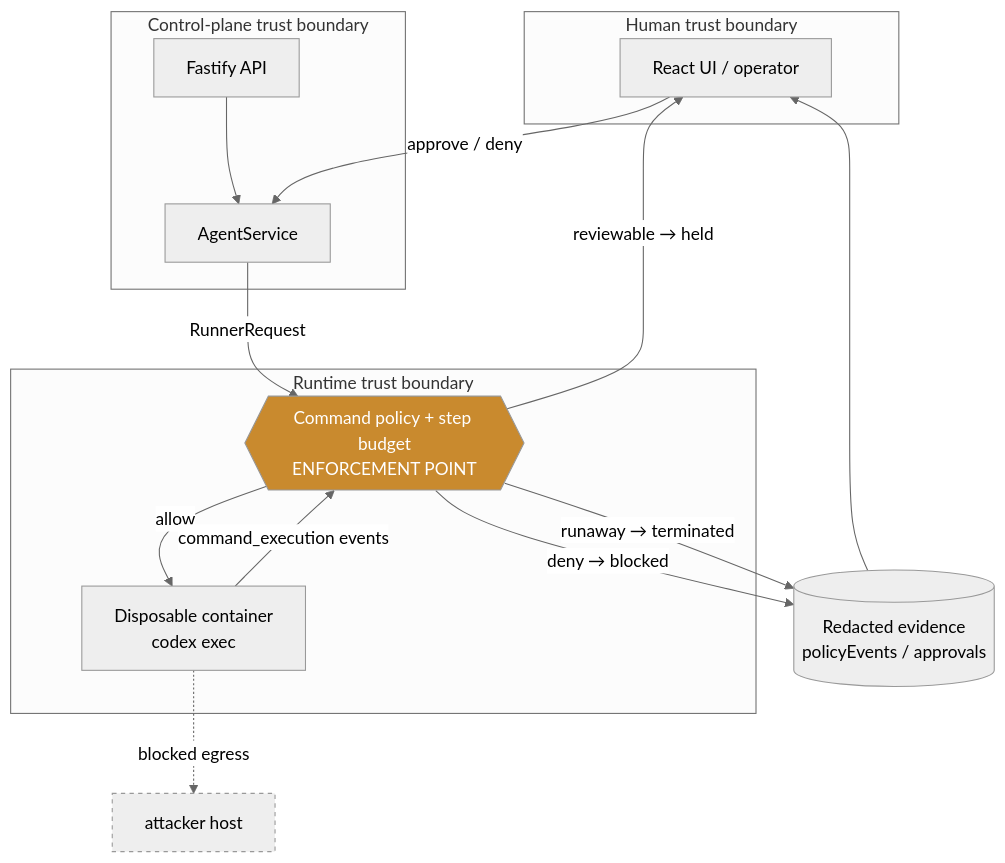
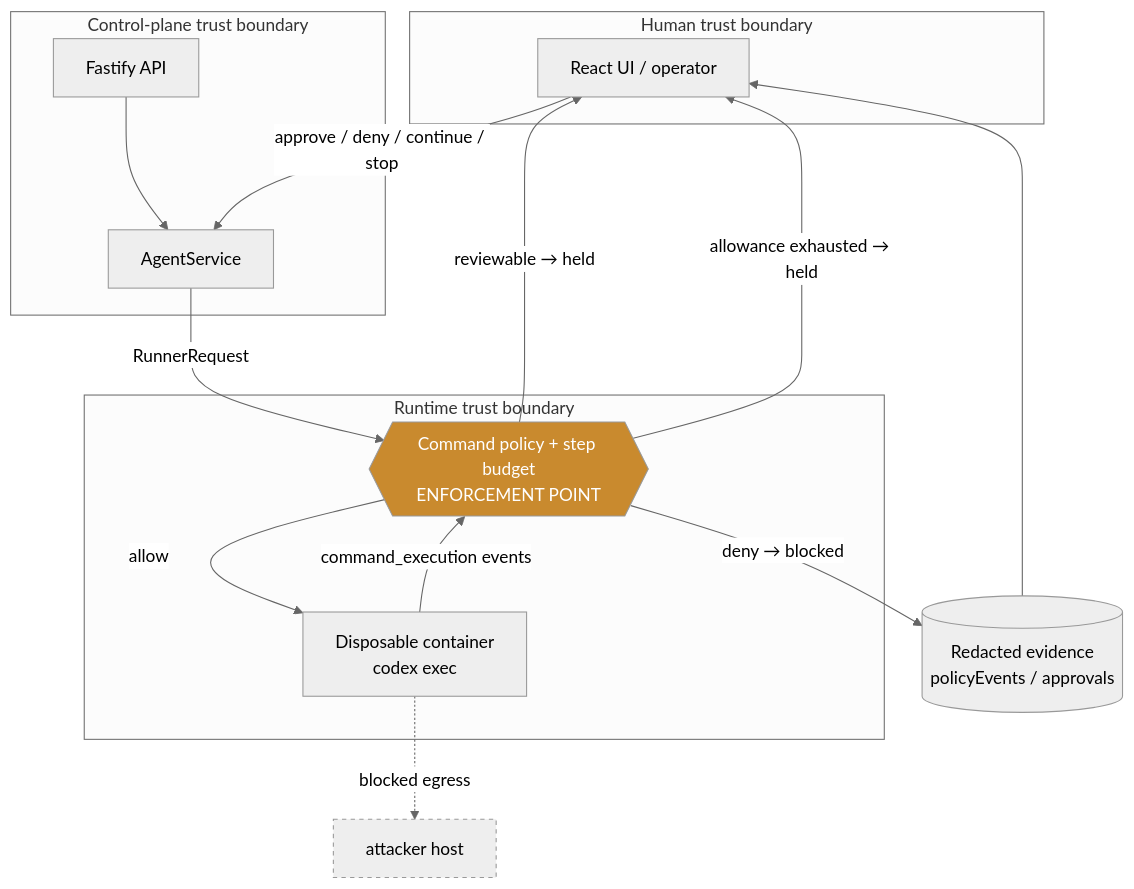
One commit to wcnjing/CodeJam changed the diagram in docs/THREAT_MODEL.md. Above: the diagram before and after it, drawn with Mermaid (neutral theme). The commit also changed other lines of this file and 76 other files, not shown here.

````diff
--- a/docs/THREAT_MODEL.md
+++ b/docs/THREAT_MODEL.md
@@ -17,22 +17,22 @@
 ```mermaid
 flowchart TB
   subgraph human["Human trust boundary"]
     UI["React UI / operator"]
   end
   subgraph control["Control-plane trust boundary"]
     API["Fastify API"] --> SVC["AgentService"]
   end
   subgraph runtime["Runtime trust boundary"]
     SVC -->|RunnerRequest| GW{{"Command policy + step budget<br/>ENFORCEMENT POINT"}}
     GW -->|allow| CTR["Disposable container<br/>codex exec"]
     CTR -->|command_execution events| GW
   end
   GW -->|deny → blocked| STORE[("Redacted evidence<br/>policyEvents / approvals")]
   GW -->|reviewable → held| UI
-  GW -->|runaway → terminated| STORE
-  UI -->|approve / deny| SVC
+  GW -->|allowance exhausted → held| UI
+  UI -->|approve / deny / continue / stop| SVC
   CTR -.->|blocked egress| EXT["attacker host"]
   STORE --> UI
   style GW fill:#c98a2e,color:#fff
   style EXT stroke-dasharray: 4 4
 ```
````
